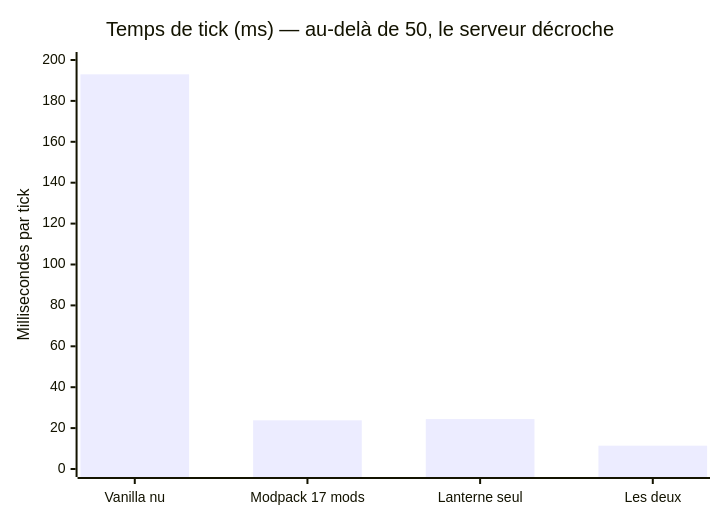
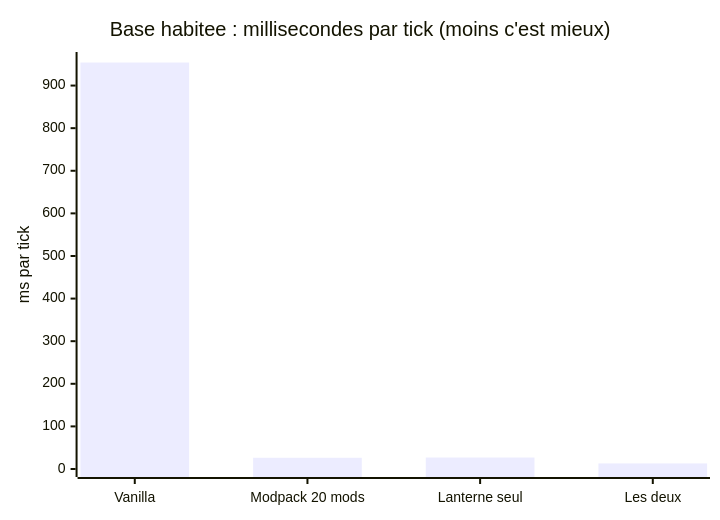
One commit to AstroQuestStudio/Lanterne changed the first of 6 diagrams in README.md. Above: the diagram before and after it, drawn with Mermaid. The commit also changed other lines of this file and 1 other file, not shown here.

````diff
--- a/README.md
+++ b/README.md
@@ -30,7 +48,7 @@
 ```mermaid
 xychart-beta
-    title "Temps de tick (ms) — au-delà de 50, le serveur décroche"
-    x-axis ["Vanilla nu", "Modpack 17 mods", "Lanterne seul", "Les deux"]
-    y-axis "Millisecondes par tick" 0 --> 200
-    bar [193.0, 23.8, 24.4, 11.4]
+    title "Base habitee : millisecondes par tick (moins c'est mieux)"
+    x-axis ["Vanilla", "Modpack 20 mods", "Lanterne seul", "Les deux"]
+    y-axis "ms par tick" 0 --> 960
+    bar [954.1, 26.4, 26.9, 13.1]
 ```
````
